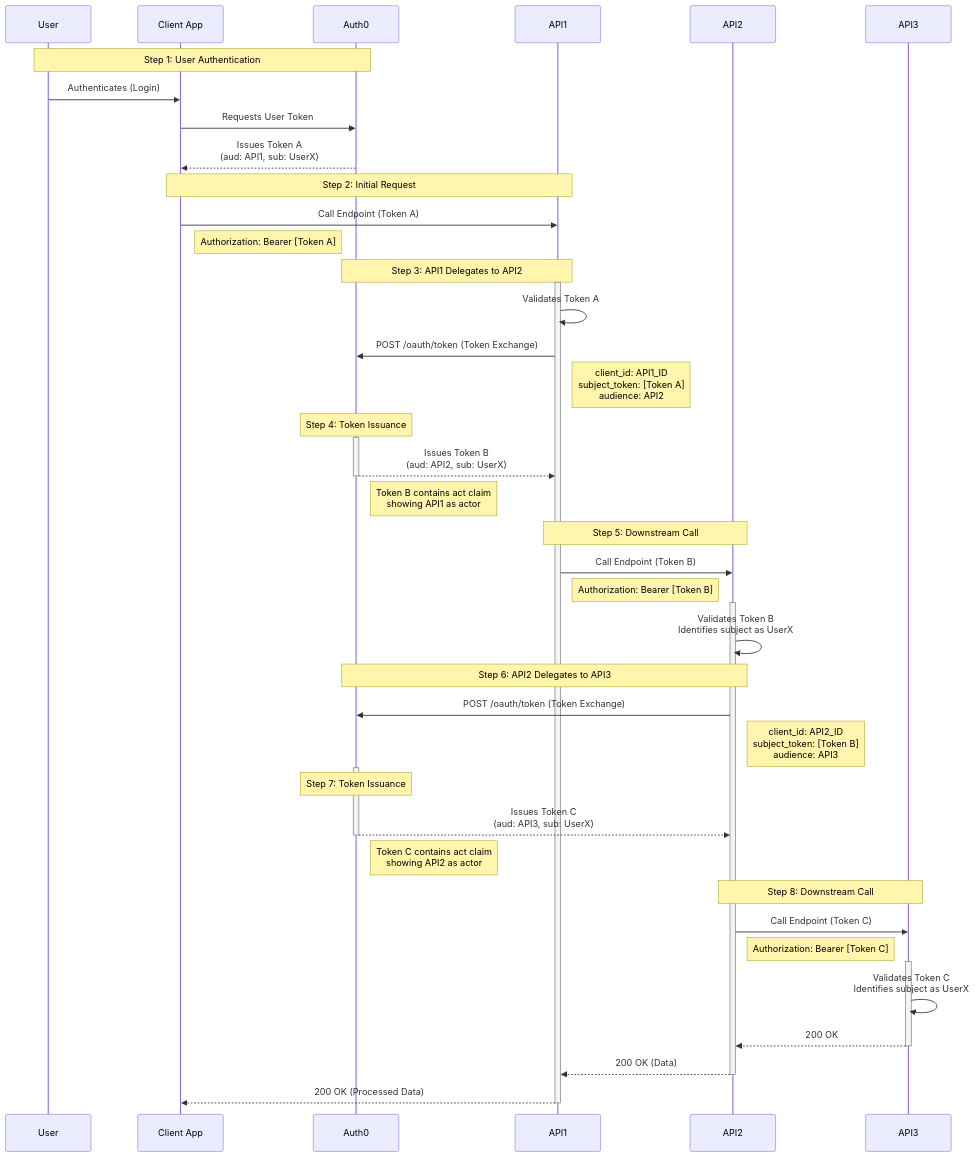
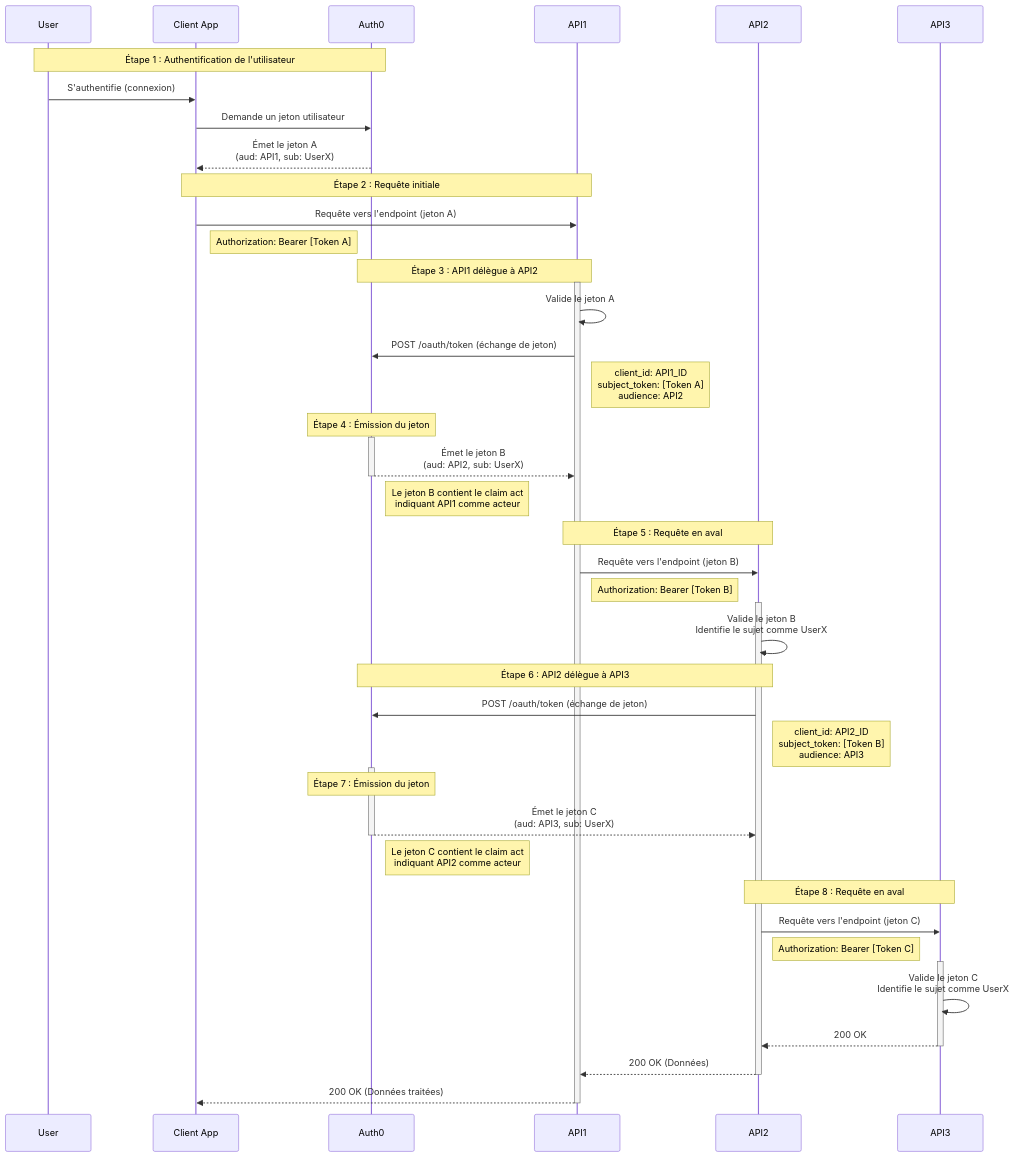
One commit to auth0/docs-v2 changed the second of 2 diagrams in main/docs/fr-ca/secure/call-apis-on-users-behalf/on-behalf-of-token-exchange.mdx. Above: the diagram before and after it, drawn with Mermaid. The commit also changed other lines of this file and 7241 other files, not shown here.

````diff
--- a/main/docs/fr-ca/secure/call-apis-on-users-behalf/on-behalf-of-token-exchange.mdx
+++ b/main/docs/fr-ca/secure/call-apis-on-users-behalf/on-behalf-of-token-exchange.mdx
@@ -192,59 +192,59 @@
 ```mermaid
 sequenceDiagram
     participant User
     participant Client App
     participant Auth0
     participant API1
     participant API2
     participant API3
 
-    Note over User,Auth0: Step 1: User Authentication
-    User->>Client App: Authenticates (Login)
-    Client App->>Auth0: Requests User Token
-    Auth0-->>Client App: Issues Token A<br/>(aud: API1, sub: UserX)
+    Note over User,Auth0: Étape 1 : Authentification de l'utilisateur
+    User->>Client App: S'authentifie (connexion)
+    Client App->>Auth0: Demande un jeton utilisateur
+    Auth0-->>Client App: Émet le jeton A<br/>(aud: API1, sub: UserX)
 
-    Note over Client App,API1: Step 2: Initial Request
-    Client App->>API1: Call Endpoint (Token A)
+    Note over Client App,API1: Étape 2 : Requête initiale
+    Client App->>API1: Requête vers l'endpoint (jeton A)
     Note right of Client App: Authorization: Bearer [Token A]
 
-    Note over API1,Auth0: Step 3: API1 Delegates to API2
+    Note over API1,Auth0: Étape 3 : API1 délègue à API2
     activate API1
-    API1->>API1: Validates Token A
-    API1->>Auth0: POST /oauth/token (Token Exchange)
+    API1->>API1: Valide le jeton A
+    API1->>Auth0: POST /oauth/token (échange de jeton)
     Note right of API1: client_id: API1_ID<br/>subject_token: [Token A]<br/>audience: API2
 
-    Note over Auth0: Step 4: Token Issuance
+    Note over Auth0: Étape 4 : Émission du jeton
     activate Auth0
-    Auth0-->>API1: Issues Token B<br/>(aud: API2, sub: UserX)
+    Auth0-->>API1: Émet le jeton B<br/>(aud: API2, sub: UserX)
     deactivate Auth0
-    Note right of Auth0: Token B contains act claim<br/>showing API1 as actor
+    Note right of Auth0: Le jeton B contient le claim act<br/>indiquant API1 comme acteur
 
-    Note over API1,API2: Step 5: Downstream Call
-    API1->>API2: Call Endpoint (Token B)
+    Note over API1,API2: Étape 5 : Requête en aval
+    API1->>API2: Requête vers l'endpoint (jeton B)
     Note right of API1: Authorization: Bearer [Token B]
     activate API2
-    API2->>API2: Validates Token B<br/>Identifies subject as UserX
+    API2->>API2: Valide le jeton B<br/>Identifie le sujet comme UserX
 
-    Note over API2,Auth0: Step 6: API2 Delegates to API3
-    API2->>Auth0: POST /oauth/token (Token Exchange)
+    Note over API2,Auth0: Étape 6 : API2 délègue à API3
+    API2->>Auth0: POST /oauth/token (échange de jeton)
     Note right of API2: client_id: API2_ID<br/>subject_token: [Token B]<br/>audience: API3
     activate Auth0
 
-    Note over Auth0: Step 7: Token Issuance
-    Auth0-->>API2: Issues Token C<br/>(aud: API3, sub: UserX)
+    Note over Auth0: Étape 7 : Émission du jeton
+    Auth0-->>API2: Émet le jeton C<br/>(aud: API3, sub: UserX)
     deactivate Auth0
-    Note right of Auth0: Token C contains act claim<br/>showing API2 as actor
+    Note right of Auth0: Le jeton C contient le claim act<br/>indiquant API2 comme acteur
 
-    Note over API2,API3: Step 8: Downstream Call
-    API2->>API3: Call Endpoint (Token C)
+    Note over API2,API3: Étape 8 : Requête en aval
+    API2->>API3: Requête vers l'endpoint (jeton C)
     Note right of API2: Authorization: Bearer [Token C]
     activate API3
-    API3->>API3: Validates Token C<br/>Identifies subject as UserX
+    API3->>API3: Valide le jeton C<br/>Identifie le sujet comme UserX
     API3-->>API2: 200 OK
     deactivate API3
 
-    API2-->>API1: 200 OK (Data)
+    API2-->>API1: 200 OK (Données)
     deactivate API2
-    API1-->>Client App: 200 OK (Processed Data)
+    API1-->>Client App: 200 OK (Données traitées)
     deactivate API1
 ```
````
